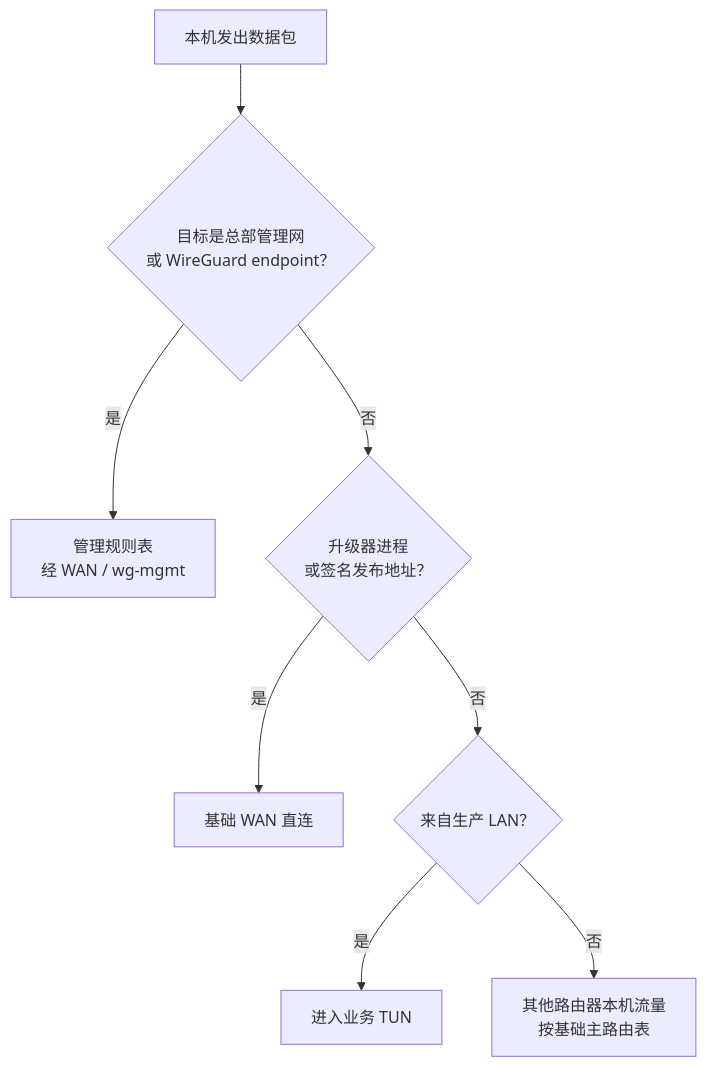
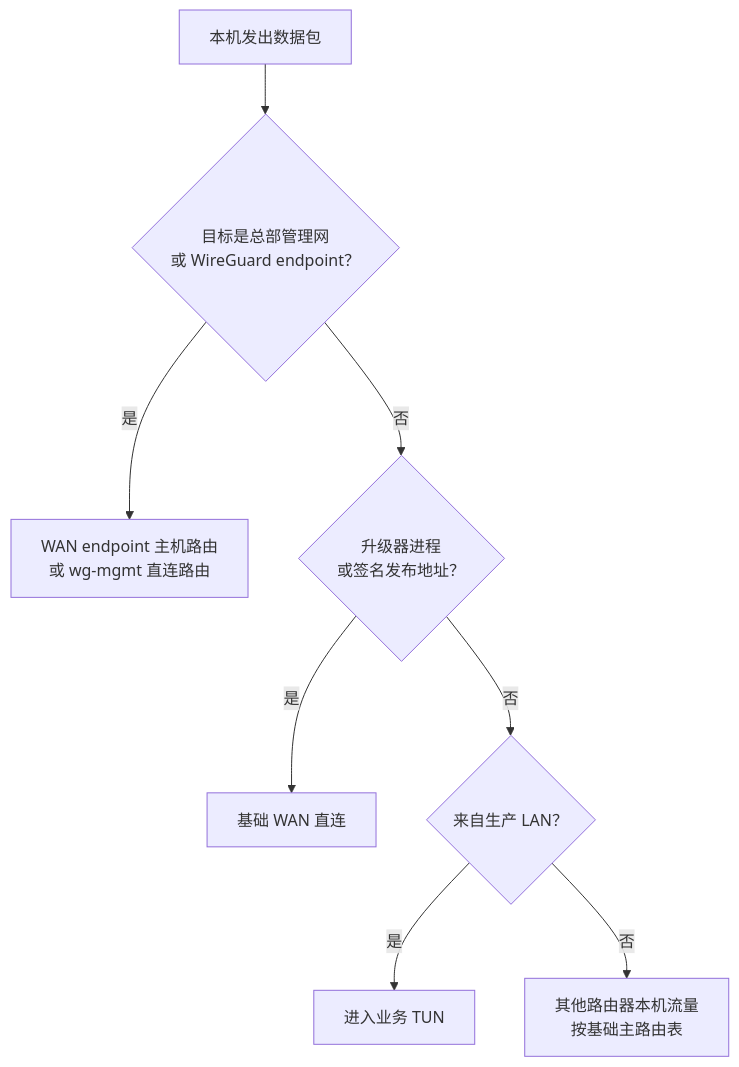
Before and after one commit to whalestore/vps-deployment-script: the third of 13 diagrams in docs/superpowers/specs/2026-07-28-runtime-network-isolation-design.md, drawn with Mermaid. The commit also changed other lines of this file, not shown here.

````diff
--- a/docs/superpowers/specs/2026-07-28-runtime-network-isolation-design.md
+++ b/docs/superpowers/specs/2026-07-28-runtime-network-isolation-design.md
@@ -172,19 +204,19 @@
 ```mermaid
 flowchart TD
     PKT["本机发出数据包"]
     ISWG{"目标是总部管理网<br/>或 WireGuard endpoint？"}
-    MGRT["管理规则表<br/>经 WAN / wg-mgmt"]
+    MGRT["WAN endpoint 主机路由<br/>或 wg-mgmt 直连路由"]
     ISOTA{"升级器进程<br/>或签名发布地址？"}
     WANRT["基础 WAN 直连"]
     ISLAN{"来自生产 LAN？"}
     TUNRT["进入业务 TUN"]
     LOCAL["其他路由器本机流量<br/>按基础主路由表"]
 
     PKT --> ISWG
     ISWG -->|是| MGRT
     ISWG -->|否| ISOTA
     ISOTA -->|是| WANRT
     ISOTA -->|否| ISLAN
     ISLAN -->|是| TUNRT
     ISLAN -->|否| LOCAL
 ```
````
